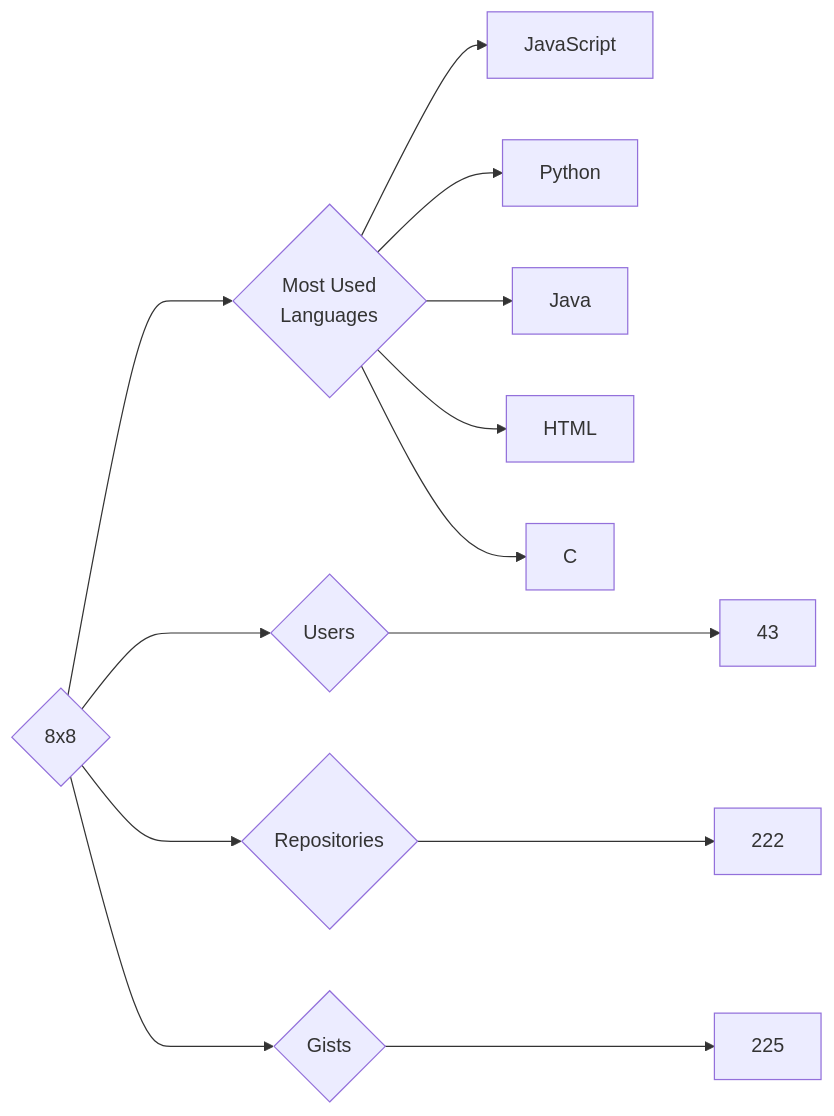
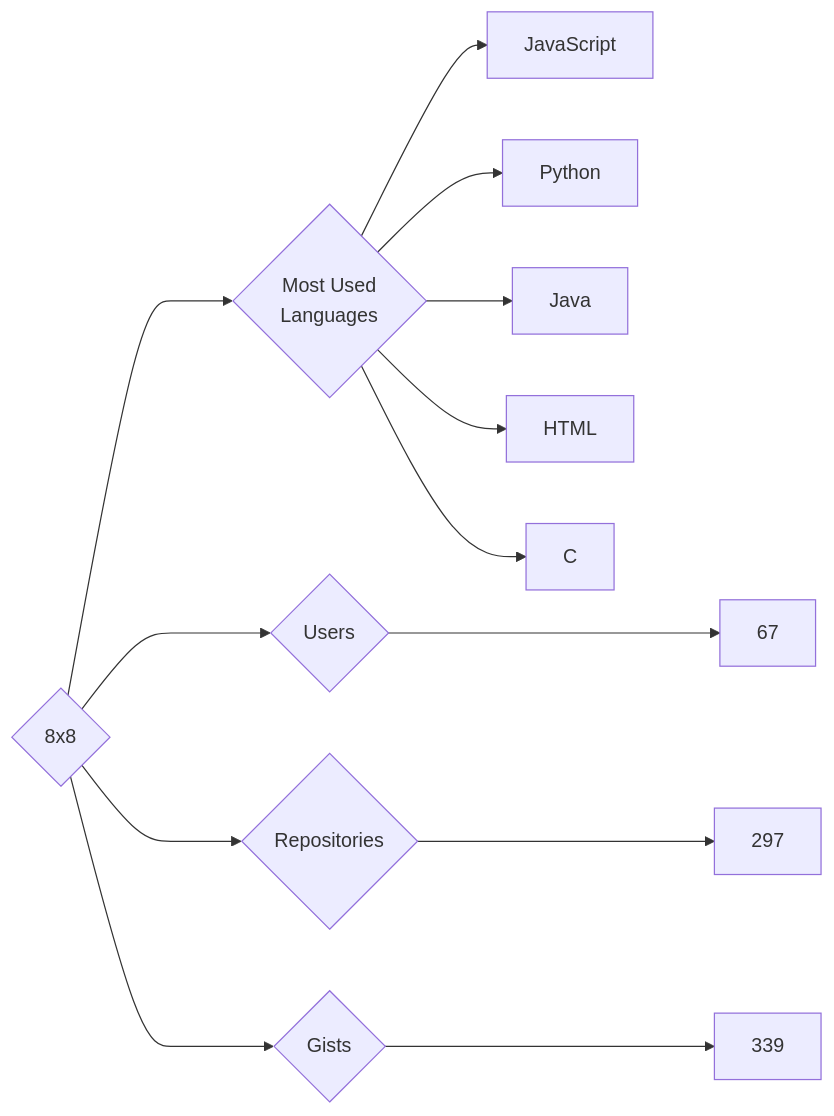
One commit to trickest/insiders changed the diagram in targets/8x8/README.md. Above: the diagram before and after it, drawn with Mermaid. The commit also changed 809 other files, not shown here.

````diff
--- a/targets/8x8/README.md
+++ b/targets/8x8/README.md
@@ -3,13 +3,13 @@
 ```mermaid
 graph LR
 COMPANY_NAME{8x8}
-COMPANY_NAME ---> U{Users} ---> UN[43]
-COMPANY_NAME ---> R{Repositories} ---> RN[222]
-COMPANY_NAME ---> G{Gists} ---> GN[225]
+COMPANY_NAME ---> U{Users} ---> UN[67]
+COMPANY_NAME ---> R{Repositories} ---> RN[297]
+COMPANY_NAME ---> G{Gists} ---> GN[339]
 COMPANY_NAME ---> ML{Most Used<br>Languages}
 ML --> JavaScript[JavaScript]
 ML --> Python[Python]
 ML --> Java[Java]
 ML --> HTML[HTML]
 ML --> C[C]
 ```
````
